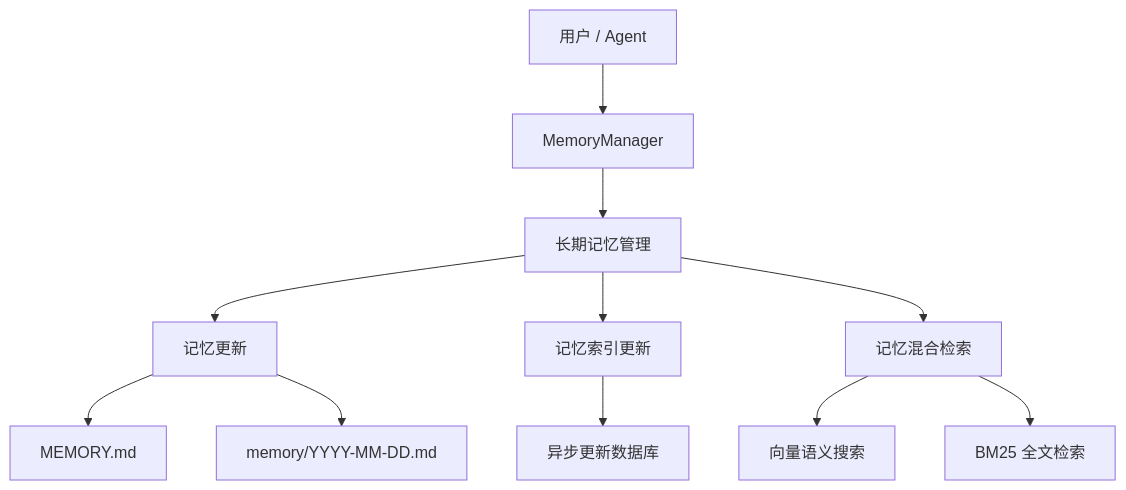
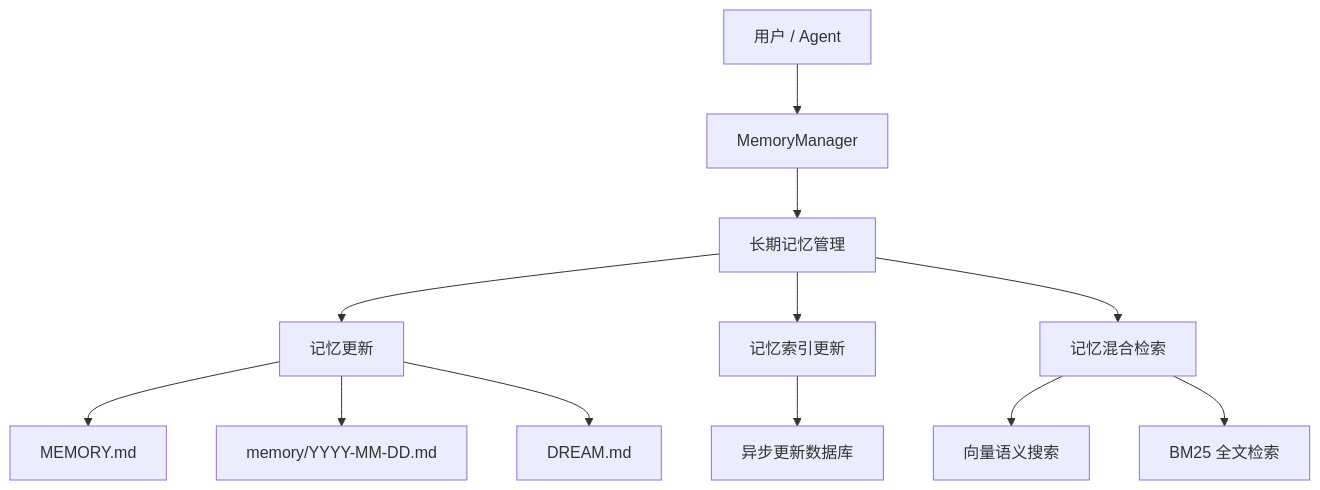
The first of 3 diagrams in website/public/docs/memory.zh.md (agentscope-ai/QwenPaw), drawn with Mermaid before and after one commit. The commit also changed other lines of this file and 8 other files, not shown here.

````diff
--- a/website/public/docs/memory.zh.md
+++ b/website/public/docs/memory.zh.md
@@ -11,13 +11,14 @@
 ```mermaid
 graph TB
     User[用户 / Agent] --> MM[MemoryManager]
     MM --> MemoryMgmt[长期记忆管理]
     MemoryMgmt --> FileTools[记忆更新]
     MemoryMgmt --> Watcher[记忆索引更新]
     MemoryMgmt --> SearchLayer[记忆混合检索]
     FileTools --> LTM[MEMORY.md]
     FileTools --> DailyLog[memory/YYYY-MM-DD.md]
+    FileTools --> Dream[DREAM.md]
     Watcher --> Index[异步更新数据库]
     SearchLayer --> VectorSearch[向量语义搜索]
     SearchLayer --> BM25[BM25 全文检索]
 ```
````
